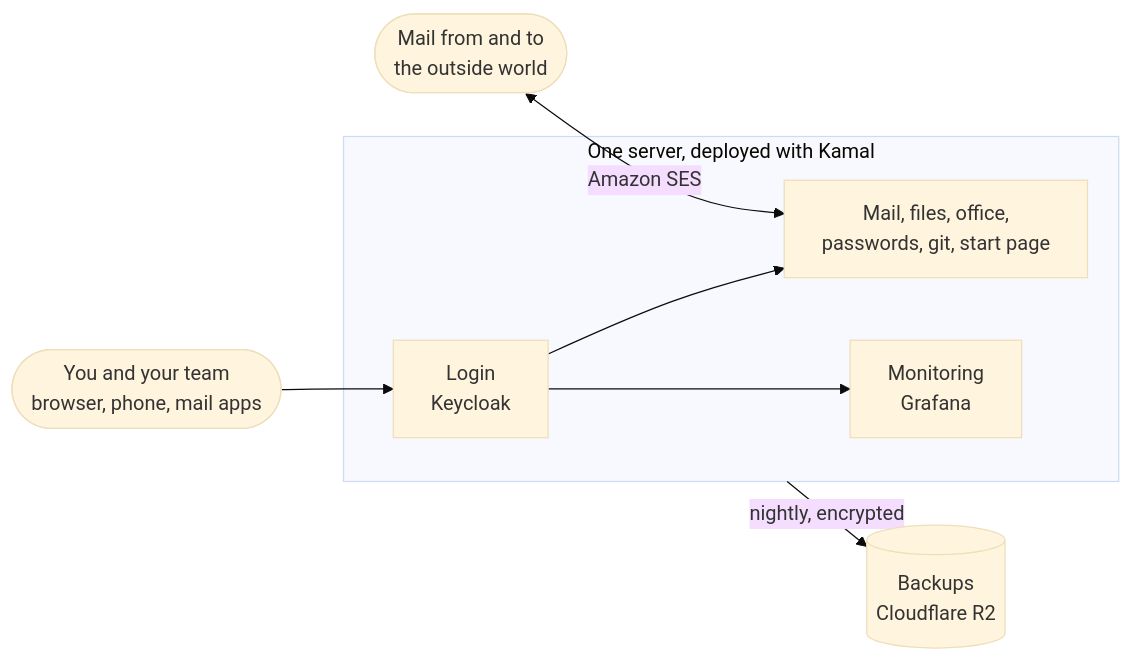
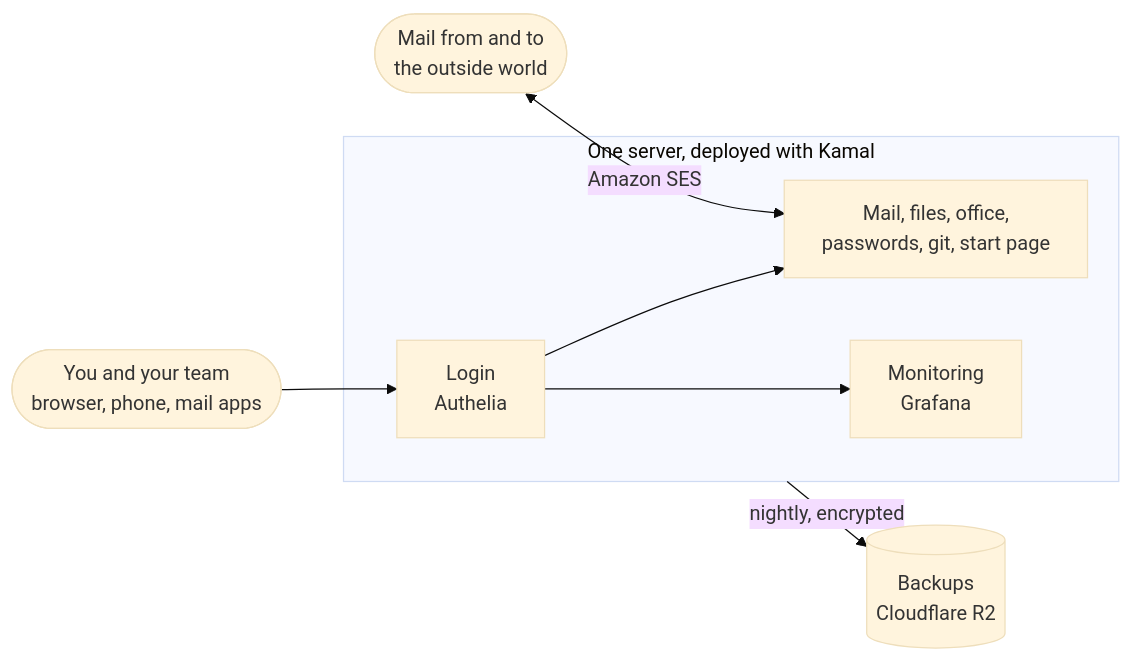
The diagram in README.md (igorski89/sgnl), drawn with Mermaid (base theme) before and after one commit. The commit also changed other lines of this file and 18 other files, not shown here.

Commit message:
Docs for the login server after M6 (users, security, deploy, backups, recovery, architecture, DNS, README); stale Keycloak wording in scripts/config comments; DNS.md no longer lists real domains

````diff
--- a/README.md
+++ b/README.md
@@ -55,14 +55,14 @@
 ```mermaid
 flowchart LR
   people(["You and your team<br/>browser, phone, mail apps"])
   world(["Mail from and to<br/>the outside world"])
   subgraph server["One server, deployed with Kamal"]
-    login["Login<br/>Keycloak"]
+    login["Login<br/>Authelia"]
     apps["Mail, files, office,<br/>passwords, git, start page"]
     mon["Monitoring<br/>Grafana"]
   end
   people --> login --> apps
   login --> mon
   world <-->|"Amazon SES"| apps
   server -->|"nightly, encrypted"| backup[("Backups<br/>Cloudflare R2")]
 ```
````
